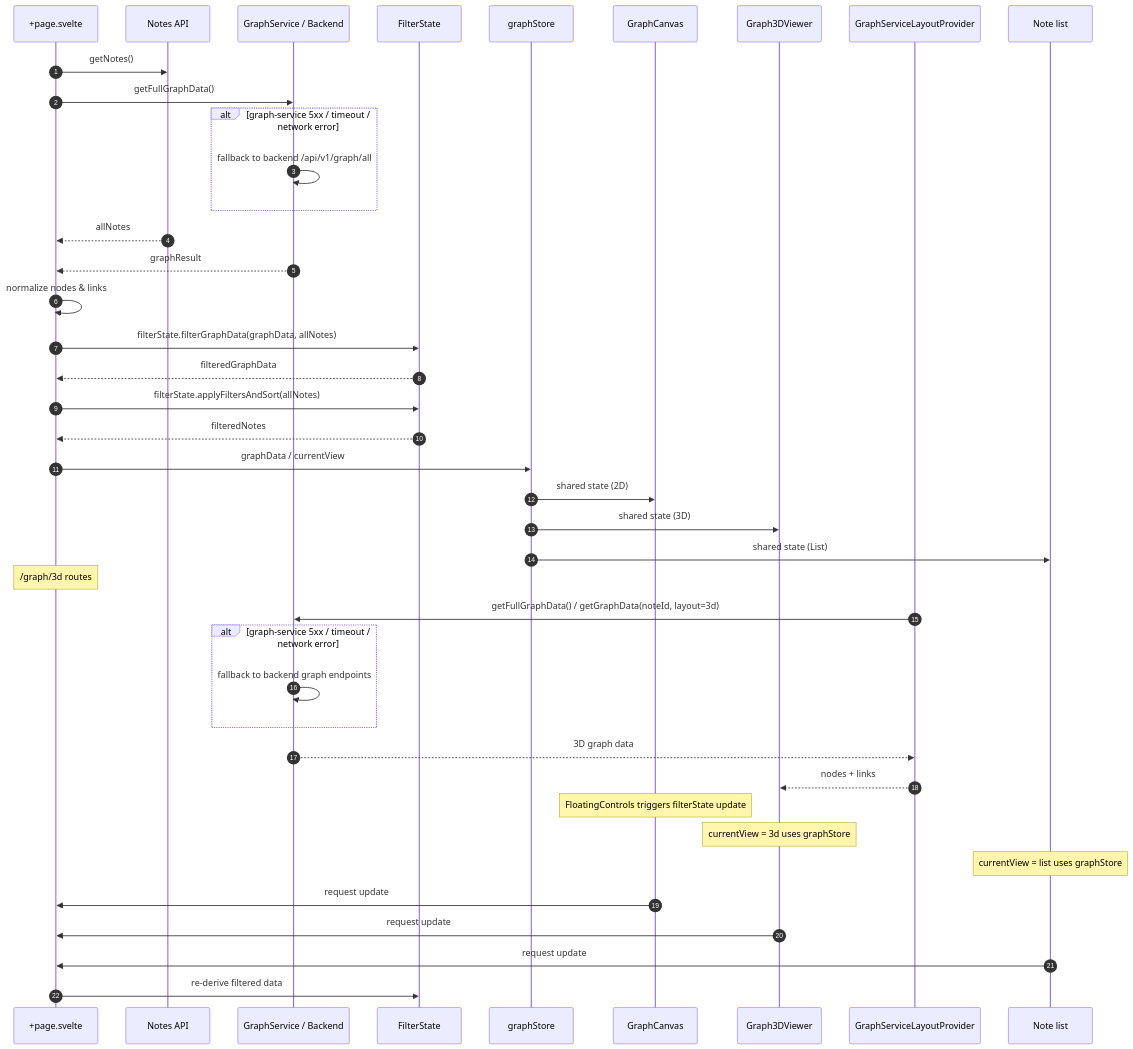
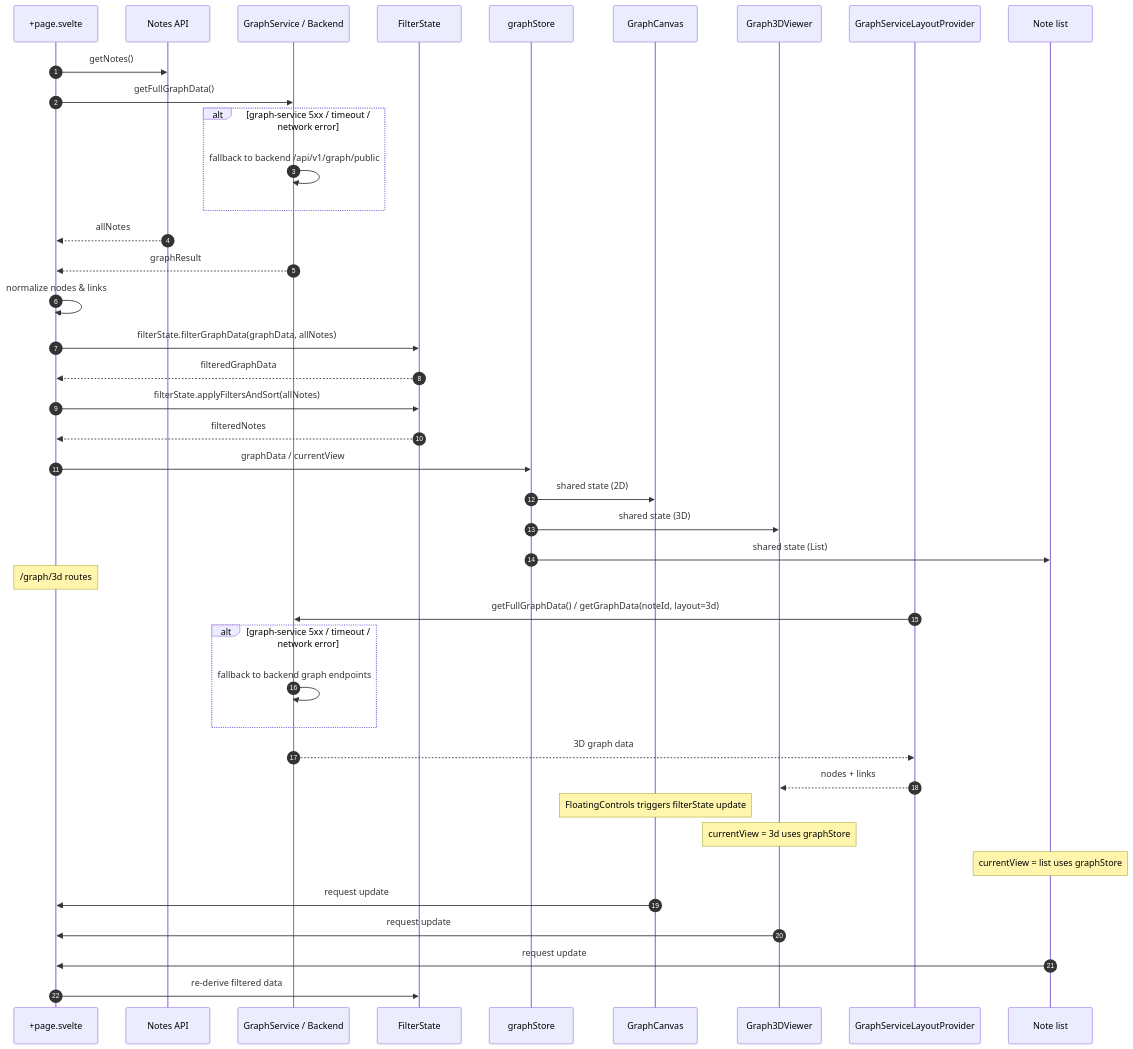
Before and after one commit to Killaret/knowledge-graph: the diagram in docs/assets/graph-loading-flow.mmd, drawn with Mermaid. The commit also changed 35 other files, not shown here.

First line of the commit message:
feat(backend,docs,tests): PUB-3 — hard rename /api/v1/graph/all to /api/v1/graph/public

```diff
--- a/docs/assets/graph-loading-flow.mmd
+++ b/docs/assets/graph-loading-flow.mmd
@@ -1,48 +1,48 @@
 sequenceDiagram
     autonumber
     participant P as +page.svelte
     participant Notes as Notes API
     participant Graph as GraphService / Backend
     participant FS as FilterState
     participant Store as graphStore
     participant GC as GraphCanvas
     participant G3D as Graph3DViewer
     participant GSP as GraphServiceLayoutProvider
     participant LV as Note list
 
     P->>Notes: getNotes()
     P->>Graph: getFullGraphData()
     alt graph-service 5xx / timeout / network error
-        Graph->>Graph: fallback to backend /api/v1/graph/all
+        Graph->>Graph: fallback to backend /api/v1/graph/public
     end
     Notes-->>P: allNotes
     Graph-->>P: graphResult
 
     P->>P: normalize nodes & links
 
     P->>FS: filterState.filterGraphData(graphData, allNotes)
     FS-->>P: filteredGraphData
     P->>FS: filterState.applyFiltersAndSort(allNotes)
     FS-->>P: filteredNotes
 
     P->>Store: graphData / currentView
 
     Store->>GC: shared state (2D)
     Store->>G3D: shared state (3D)
     Store->>LV: shared state (List)
 
     Note over P: /graph/3d routes
     GSP->>Graph: getFullGraphData() / getGraphData(noteId, layout=3d)
     alt graph-service 5xx / timeout / network error
         Graph->>Graph: fallback to backend graph endpoints
     end
     Graph-->>GSP: 3D graph data
     GSP-->>G3D: nodes + links
 
     Note over GC: FloatingControls triggers filterState update
     Note over G3D: currentView = 3d uses graphStore
     Note over LV: currentView = list uses graphStore
     GC->>P: request update
     G3D->>P: request update
     LV->>P: request update
     P->>FS: re-derive filtered data
```
